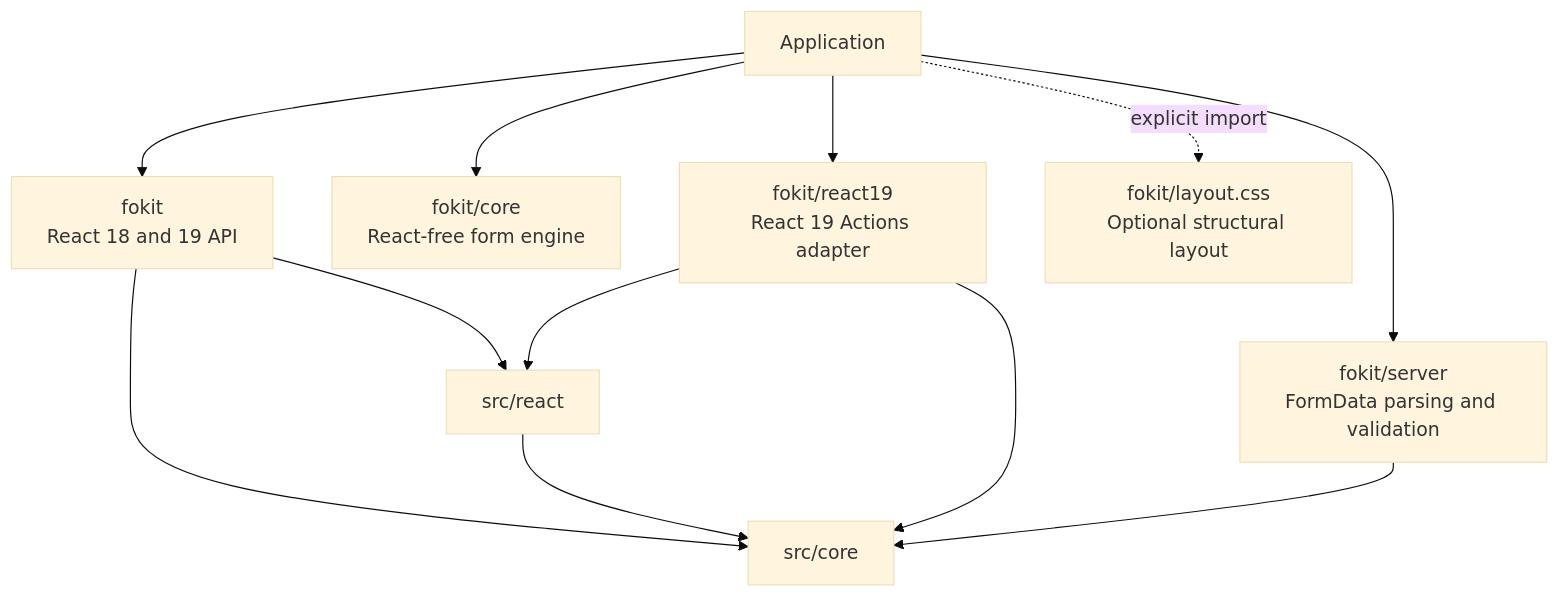
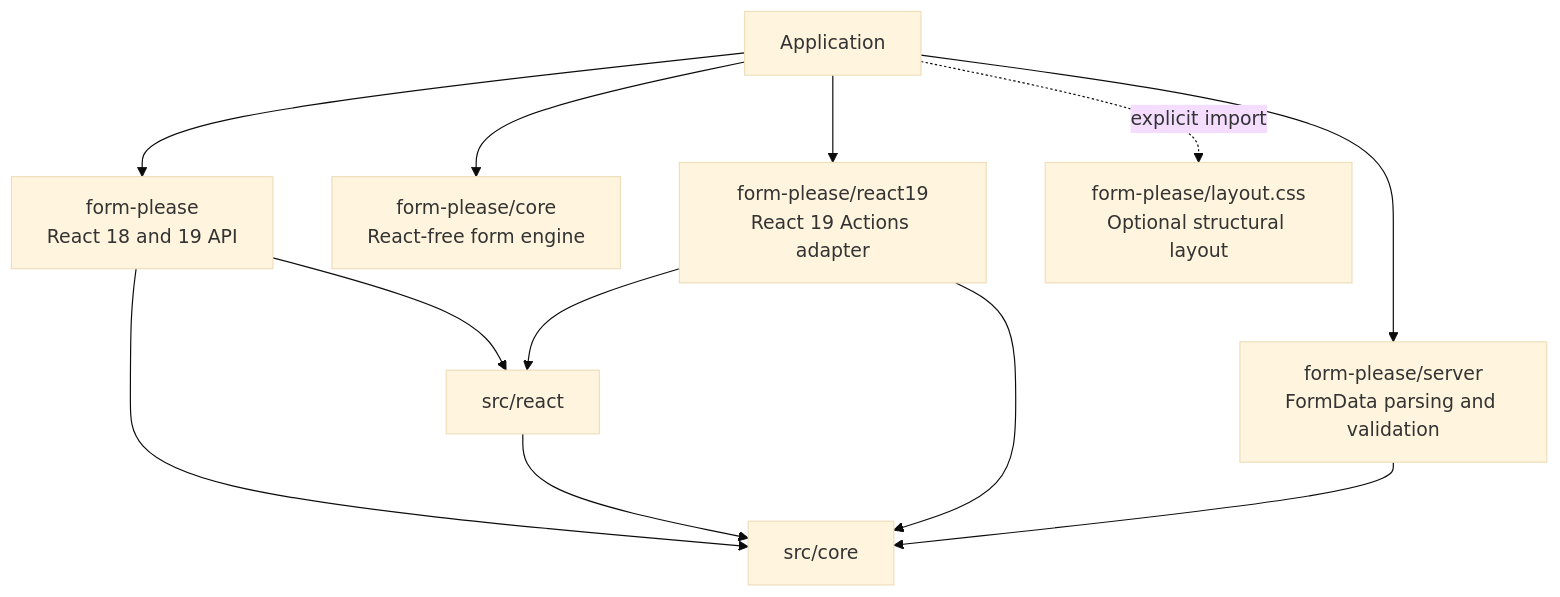
The diagram in docs/ARCHITECTURE.md (r13v/fokit), drawn with Mermaid (base theme) before and after one commit. The commit also changed other lines of this file and 146 other files, not shown here.

Commit message:
docs: Form, Please

````diff
--- a/docs/ARCHITECTURE.md
+++ b/docs/ARCHITECTURE.md
@@ -22,26 +22,26 @@
 ```mermaid
 flowchart TD
     App["Application"]
 
-    Main["fokit<br/>React 18 and 19 API"]
-    Core["fokit/core<br/>React-free form engine"]
-    React19["fokit/react19<br/>React 19 Actions adapter"]
-    Server["fokit/server<br/>FormData parsing and validation"]
-    CSS["fokit/layout.css<br/>Optional structural layout"]
+    Main["form-please<br/>React 18 and 19 API"]
+    Core["form-please/core<br/>React-free form engine"]
+    React19["form-please/react19<br/>React 19 Actions adapter"]
+    Server["form-please/server<br/>FormData parsing and validation"]
+    CSS["form-please/layout.css<br/>Optional structural layout"]
 
     ReactLayer["src/react"]
     CoreLayer["src/core"]
 
     App --> Main
     App --> Core
     App --> React19
     App --> Server
     App -. explicit import .-> CSS
 
     Main --> ReactLayer
     Main --> CoreLayer
     ReactLayer --> CoreLayer
     React19 --> ReactLayer
     React19 --> CoreLayer
     Server --> CoreLayer
 ```
````
